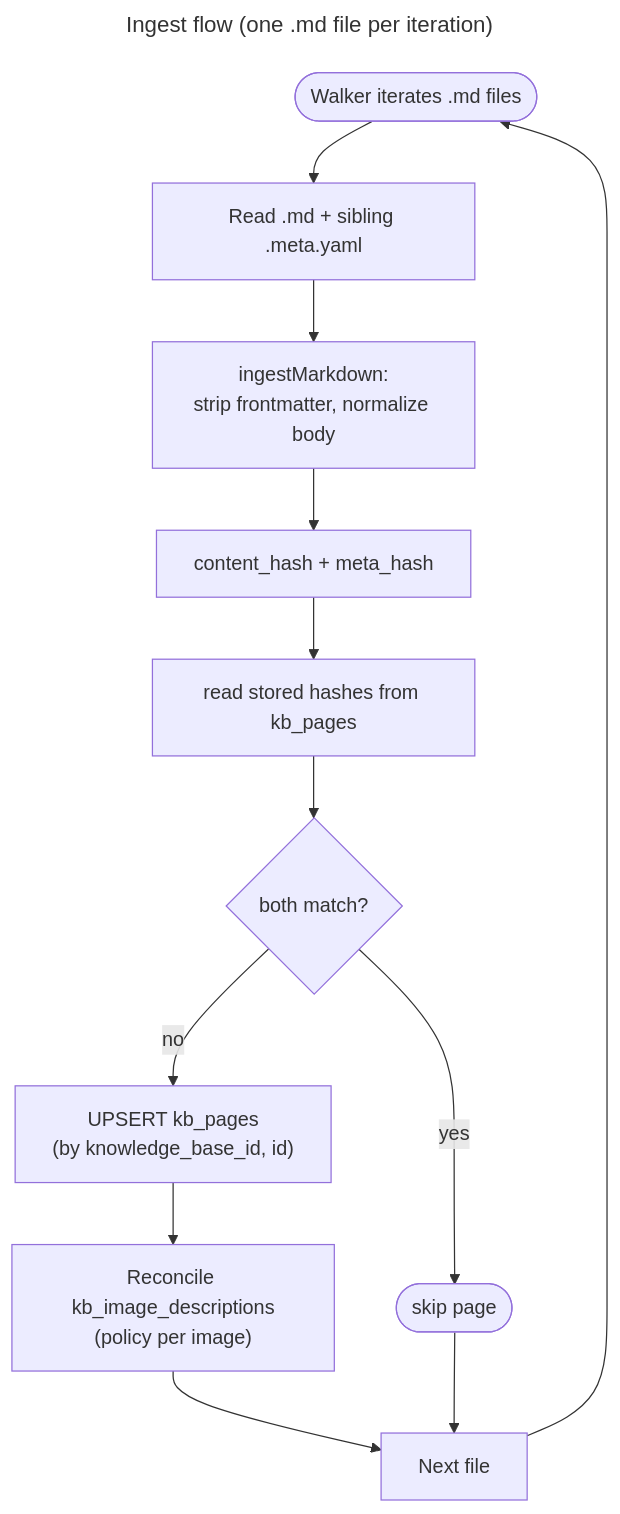
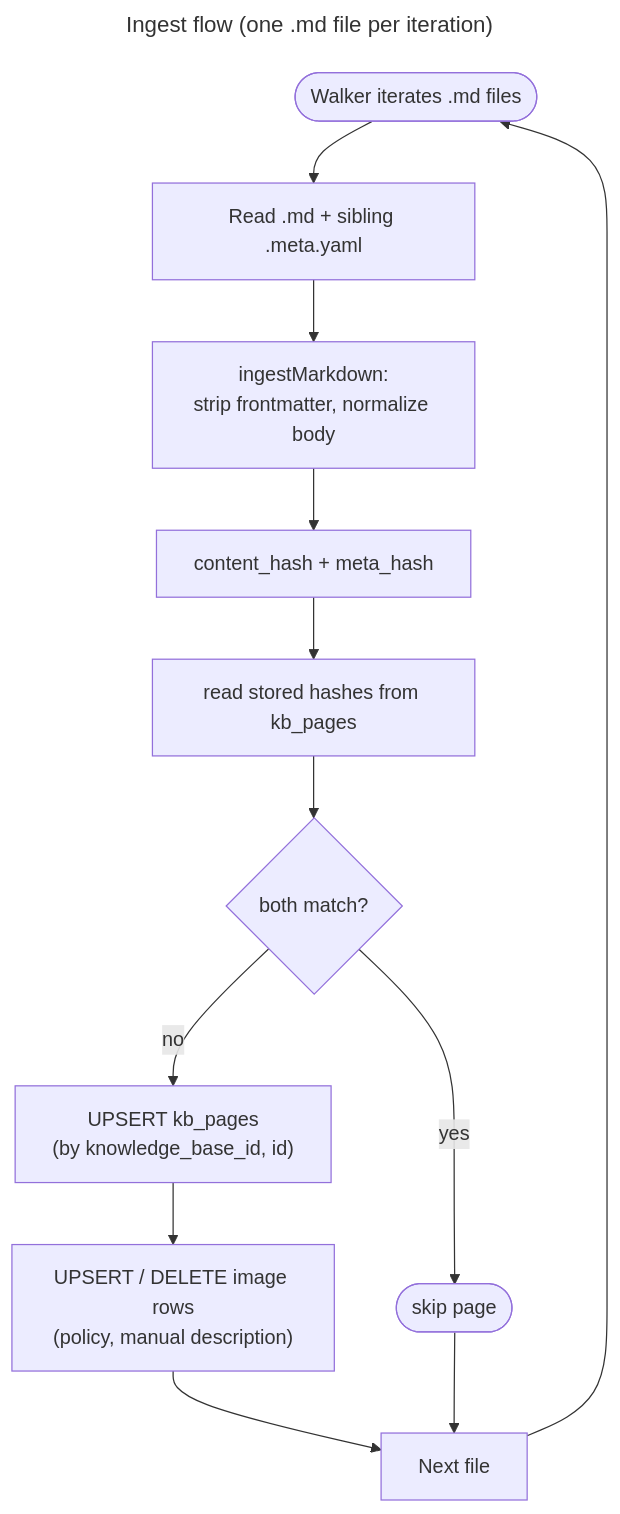
The diagram in docs/modern-knowledge-base-design/02-ingest.md (kyung-lee-official/neuxus), drawn with Mermaid before and after one commit. The commit also changed other lines of this file and 5 other files, not shown here.

Commit message:
feat: update image description schema and migration, replacing caption_prompt_hash with hardcoded_caption_prompt_hash

````diff
--- a/docs/modern-knowledge-base-design/02-ingest.md
+++ b/docs/modern-knowledge-base-design/02-ingest.md
@@ -25,18 +25,18 @@
 ```mermaid
 ---
 title: Ingest flow (one .md file per iteration)
 theme: neo-dark
 ---
 flowchart TD
   Walker([Walker iterates .md files]) --> Read["Read .md + sibling .meta.yaml"]
   Read --> Parse["ingestMarkdown:<br/>strip frontmatter, normalize body"]
   Parse --> Hash["content_hash + meta_hash"]
   Hash --> Lookup["read stored hashes from kb_pages"]
   Lookup --> Match{both match?}
   Match -- yes --> Skip([skip page])
   Match -- no --> Upsert["UPSERT kb_pages<br/>(by knowledge_base_id, id)"]
-  Upsert --> Reconcile["Reconcile kb_image_descriptions<br/>(policy per image)"]
+  Upsert --> Reconcile["UPSERT / DELETE image rows<br/>(policy, manual description)"]
   Reconcile --> Next[Next file]
   Skip --> Next
   Next --> Walker
 ```
````
